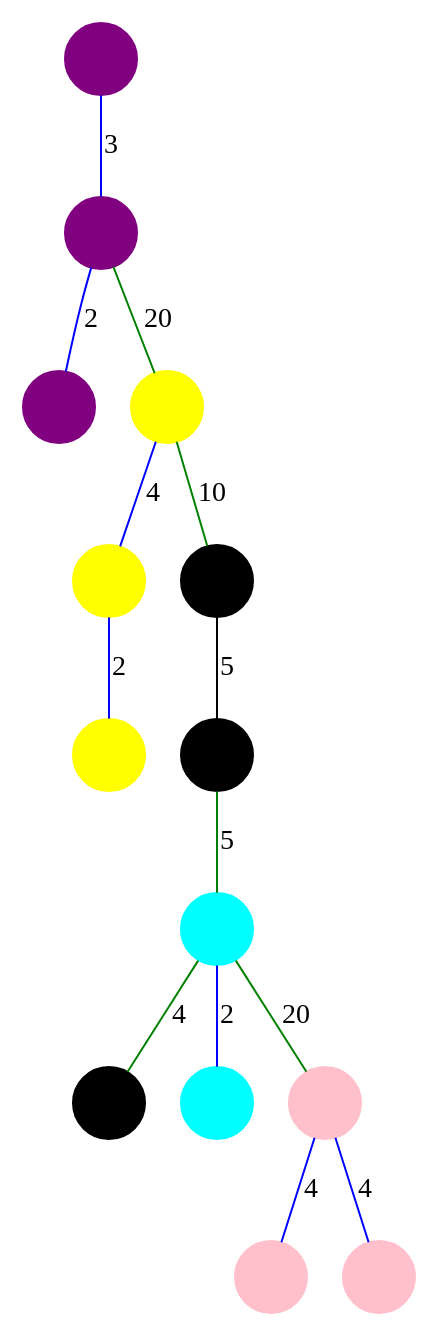
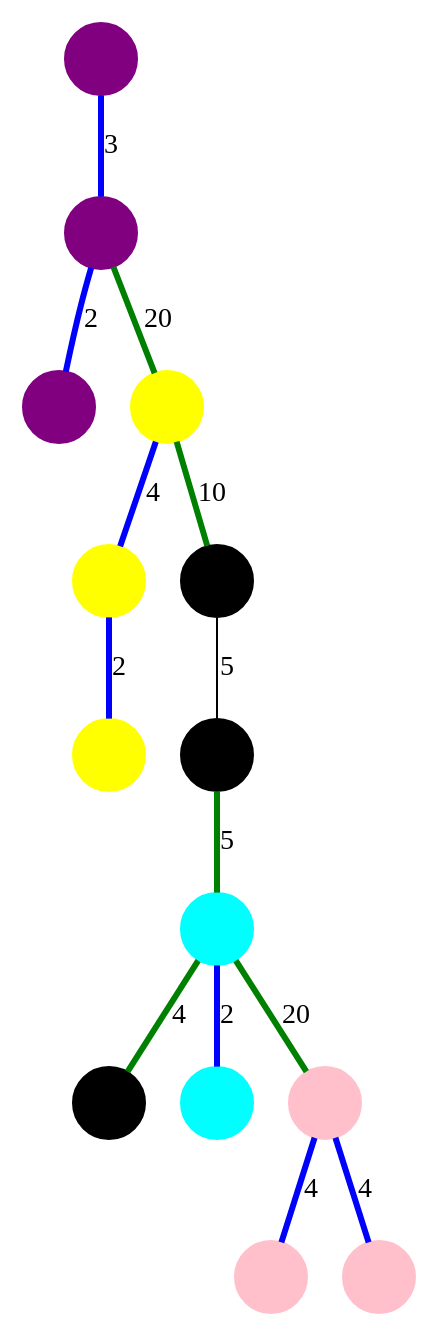
Before and after one commit to sgolodetz/thesis: the diagram in segmentation/graphs/marcowaterfall/propagation-c.gv, drawn with Graphviz. The commit also changed 13 other files, not shown here.

```diff
--- a/segmentation/graphs/marcowaterfall/propagation-c.gv
+++ b/segmentation/graphs/marcowaterfall/propagation-c.gv
@@ -1,32 +1,32 @@
 digraph
 {
 	compound = true;
 	node [shape=circle, style=filled, color=black, label=""];
 	edge [dir=both, arrowtail=none, arrowhead=none];
 
-	n0 -> n1 [label=3, color=blue];
-	n1 -> n2 [label=2, color=blue];
-	n1 -> n3 [label=20, color=green];
-	n3 -> n4 [label=4, color=blue];
-	n3 -> n5 [label=10, color=green];
-	n4 -> n6 [label=2, color=blue];
+	n0 -> n1 [label=3, color=blue, penwidth=3];
+	n1 -> n2 [label=2, color=blue, penwidth=3];
+	n1 -> n3 [label=20, color=green, penwidth=3];
+	n3 -> n4 [label=4, color=blue, penwidth=3];
+	n3 -> n5 [label=10, color=green, penwidth=3];
+	n4 -> n6 [label=2, color=blue, penwidth=3];
 	n5 -> n7 [label=5];
-	n7 -> n8 [label=5, color=green];
-	n8 -> n9 [label=4, color=green];
-	n8 -> n10 [label=2, color=blue];
-	n8 -> n11 [label=20, color=green];
-	n11 -> n12 [label=4, color=blue];
-	n11 -> n13 [label=4, color=blue];
+	n7 -> n8 [label=5, color=green, penwidth=3];
+	n8 -> n9 [label=4, color=green, penwidth=3];
+	n8 -> n10 [label=2, color=blue, penwidth=3];
+	n8 -> n11 [label=20, color=green, penwidth=3];
+	n11 -> n12 [label=4, color=blue, penwidth=3];
+	n11 -> n13 [label=4, color=blue, penwidth=3];
 
 	n0 [color=purple];
 	n1 [color=purple];
 	n2 [color=purple];
 	n3 [color=yellow];
 	n4 [color=yellow];
 	n6 [color=yellow];
 	n8 [color=cyan];
 	n10 [color=cyan];
 	n11 [color=pink];
 	n12 [color=pink];
 	n13 [color=pink];
 }
```
